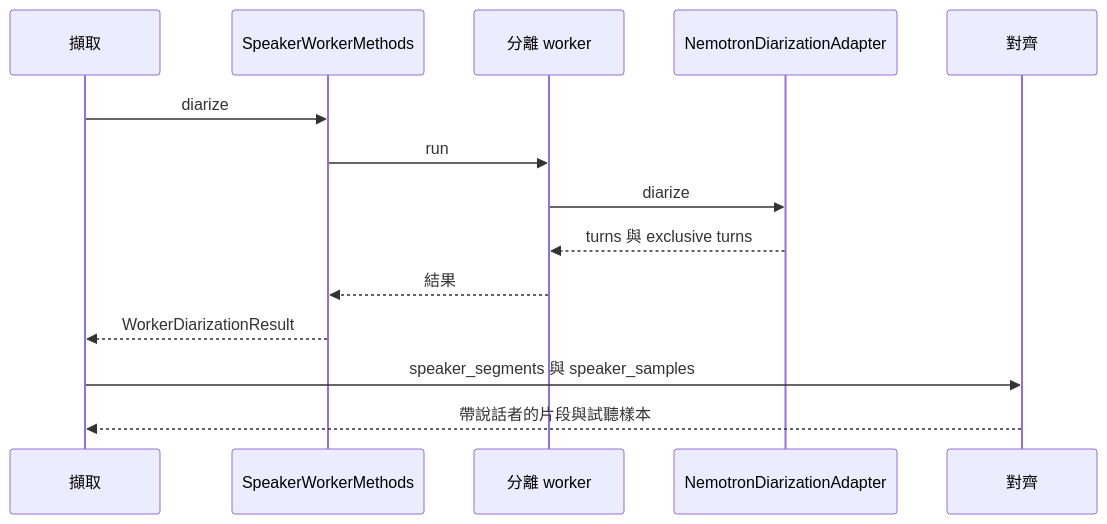
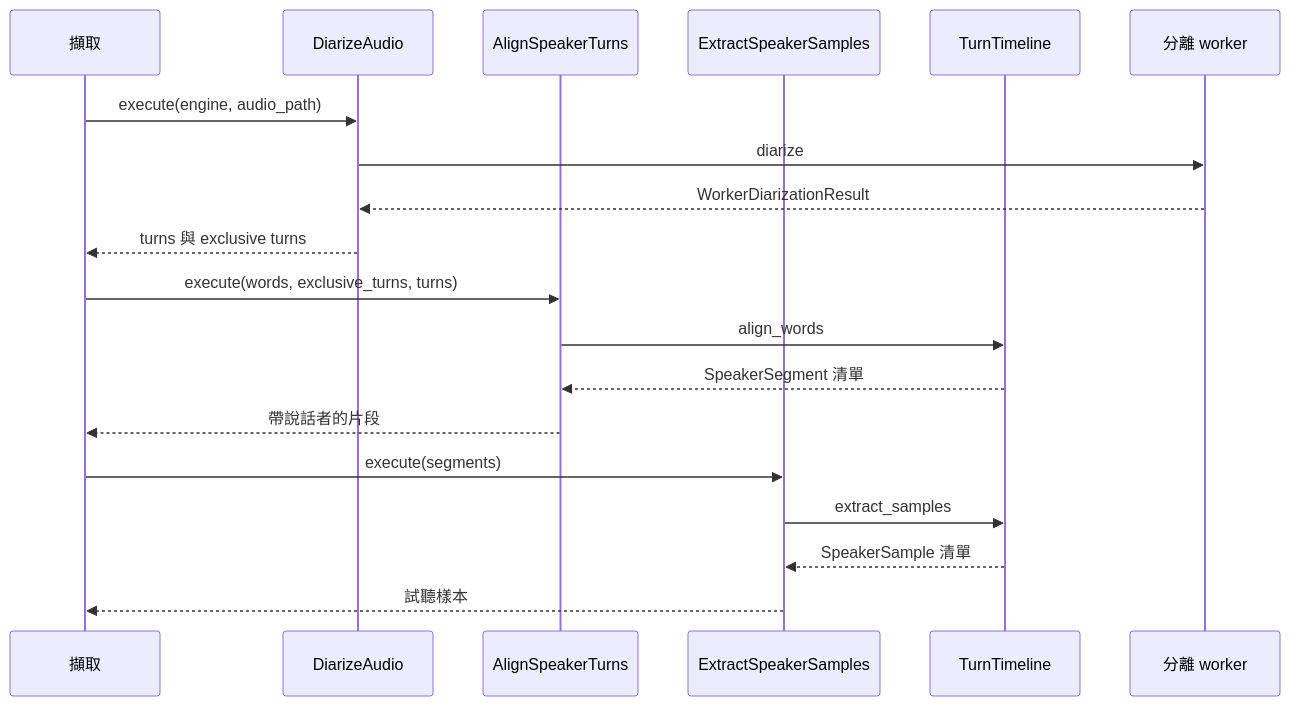
One commit to gx-capture/capture-workbench changed the second of 2 diagrams in docs/domain/diarization.md. Above: the diagram before and after it, drawn with Mermaid. The commit also changed other lines of this file and 12 other files, not shown here.

Commit message:
refactor(runtime): establish speaker diarization domain and use cases (W6)

````diff
--- a/docs/domain/diarization.md
+++ b/docs/domain/diarization.md
@@ -26,16 +61,21 @@
 ```mermaid
 sequenceDiagram
   participant Capture as 擷取
-  participant Methods as SpeakerWorkerMethods
+  participant DiarizeUC as DiarizeAudio
+  participant AlignUC as AlignSpeakerTurns
+  participant SampleUC as ExtractSpeakerSamples
+  participant Timeline as TurnTimeline
   participant Worker as 分離 worker
-  participant Adapter as NemotronDiarizationAdapter
-  participant Align as 對齊
-  Capture->>Methods: diarize
-  Methods->>Worker: run
-  Worker->>Adapter: diarize
-  Adapter-->>Worker: turns 與 exclusive turns
-  Worker-->>Methods: 結果
-  Methods-->>Capture: WorkerDiarizationResult
-  Capture->>Align: speaker_segments 與 speaker_samples
-  Align-->>Capture: 帶說話者的片段與試聽樣本
+  Capture->>DiarizeUC: execute(engine, audio_path)
+  DiarizeUC->>Worker: diarize
+  Worker-->>DiarizeUC: WorkerDiarizationResult
+  DiarizeUC-->>Capture: turns 與 exclusive turns
+  Capture->>AlignUC: execute(words, exclusive_turns, turns)
+  AlignUC->>Timeline: align_words
+  Timeline-->>AlignUC: SpeakerSegment 清單
+  AlignUC-->>Capture: 帶說話者的片段
+  Capture->>SampleUC: execute(segments)
+  SampleUC->>Timeline: extract_samples
+  Timeline-->>SampleUC: SpeakerSample 清單
+  SampleUC-->>Capture: 試聽樣本
 ```
````
